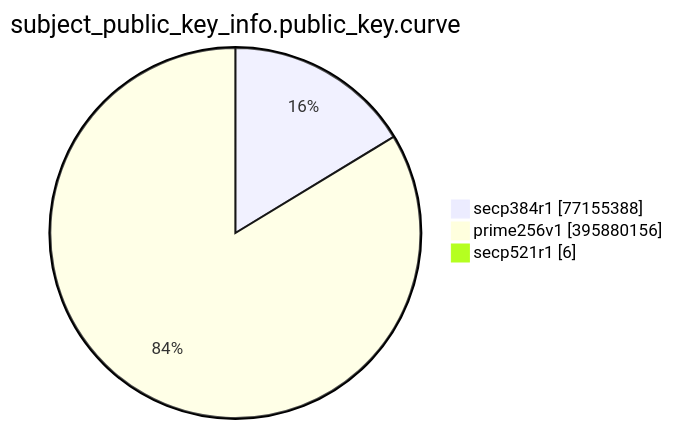
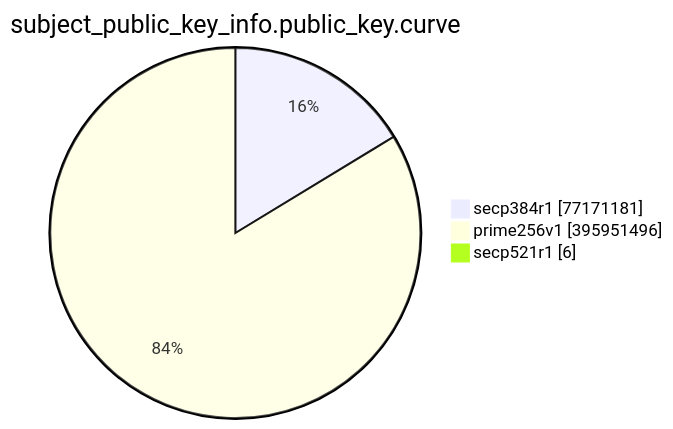
The eighth of 15 diagrams in TOTAL/README.md (christiankrug/ctmonitor_visualization), drawn with Mermaid before and after one commit. The commit also changed other lines of this file, not shown here.

````diff
--- a/TOTAL/README.md
+++ b/TOTAL/README.md
@@ -3094,7 +3094,7 @@
 ```mermaid
 pie showData
 title subject_public_key_info.public_key.curve
-"secp384r1" :77155388
-"prime256v1" :395880156
+"secp384r1" :77171181
+"prime256v1" :395951496
 "secp521r1" :6
 ```
````
